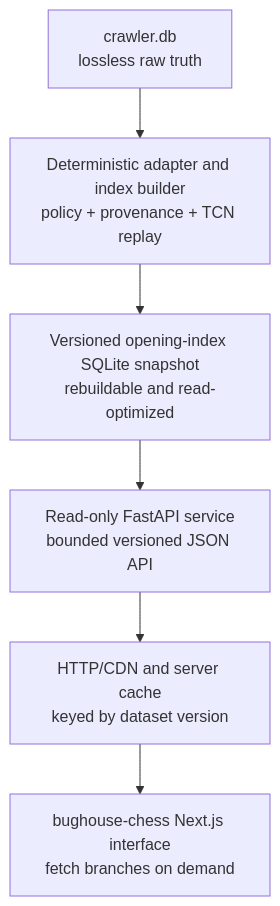
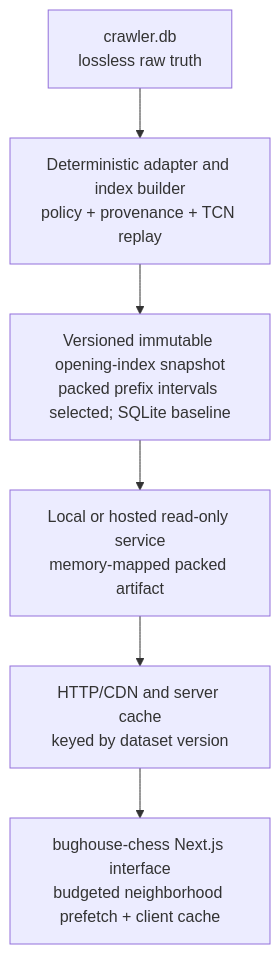
The diagram in docs/PLATFORM_ARCHITECTURE.md (Ellipsoul/bughouse-opening-explorer), drawn with Mermaid before and after one commit. The commit also changed other lines of this file and 22 other files, not shown here.

Commit message:
Build and document packed opening-tree prototypes

````diff
--- a/docs/PLATFORM_ARCHITECTURE.md
+++ b/docs/PLATFORM_ARCHITECTURE.md
@@ -11,15 +11,15 @@
 ```mermaid
 flowchart TD
     raw["crawler.db<br/>lossless raw truth"]
     build["Deterministic adapter and index builder<br/>policy + provenance + TCN replay"]
-    index["Versioned opening-index SQLite snapshot<br/>rebuildable and read-optimized"]
-    api["Read-only FastAPI service<br/>bounded versioned JSON API"]
+    index["Versioned immutable opening-index snapshot<br/>packed prefix intervals selected; SQLite baseline"]
+    api["Local or hosted read-only service<br/>memory-mapped packed artifact"]
     cache["HTTP/CDN and server cache<br/>keyed by dataset version"]
-    client["bughouse-chess Next.js interface<br/>fetch branches on demand"]
+    client["bughouse-chess Next.js interface<br/>budgeted neighborhood prefetch + client cache"]
 
     raw --> build
     build --> index
     index --> api
     api --> cache
     cache --> client
 ```
````
